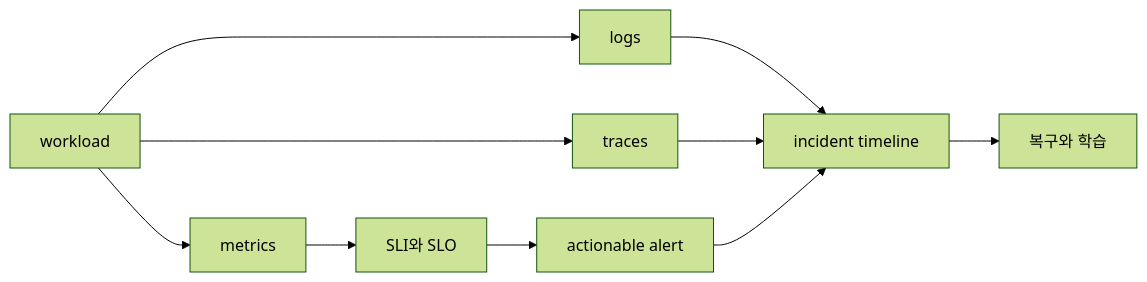
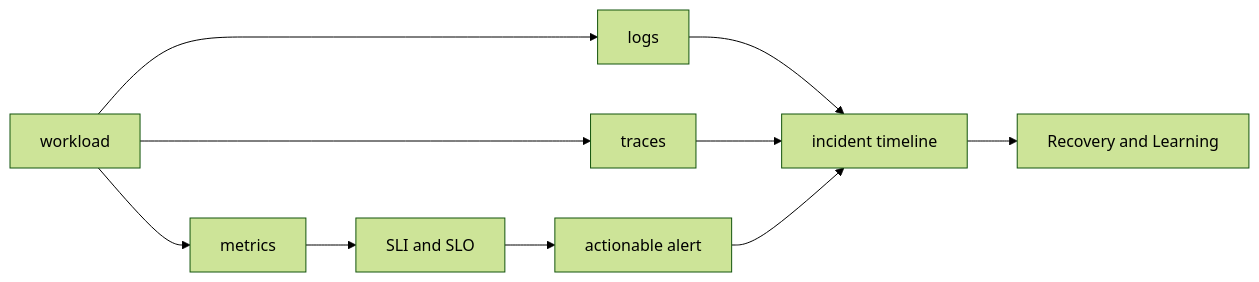
One commit to nohdol97/nohdol-study changed the diagram in docs-site/content/observability-sre/00-roadmap.md. Above: the diagram before and after it, drawn with Mermaid (forest theme). The commit also changed other lines of this file and 116 other files, not shown here.

````diff
--- a/docs-site/content/observability-sre/00-roadmap.md
+++ b/docs-site/content/observability-sre/00-roadmap.md
@@ -22,12 +22,12 @@
 ```mermaid
 flowchart LR
     W[workload] --> M[metrics]
     W --> L[logs]
     W --> T[traces]
-    M --> S[SLI와 SLO]
+    M --> S[SLI and SLO]
     L --> I[incident timeline]
     T --> I
     S --> A[actionable alert]
     A --> I
-    I --> R[복구와 학습]
+    I --> R[Recovery and Learning]
 ```
````
